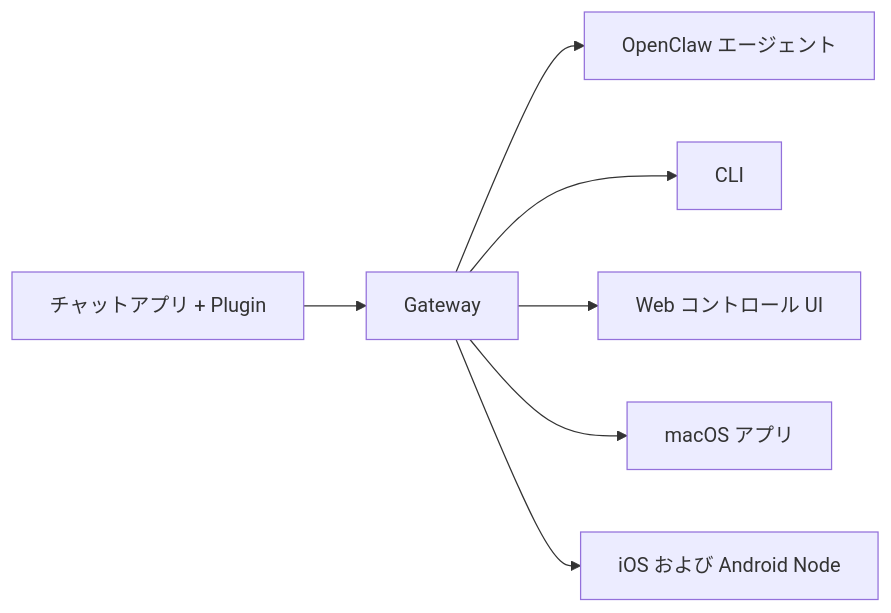
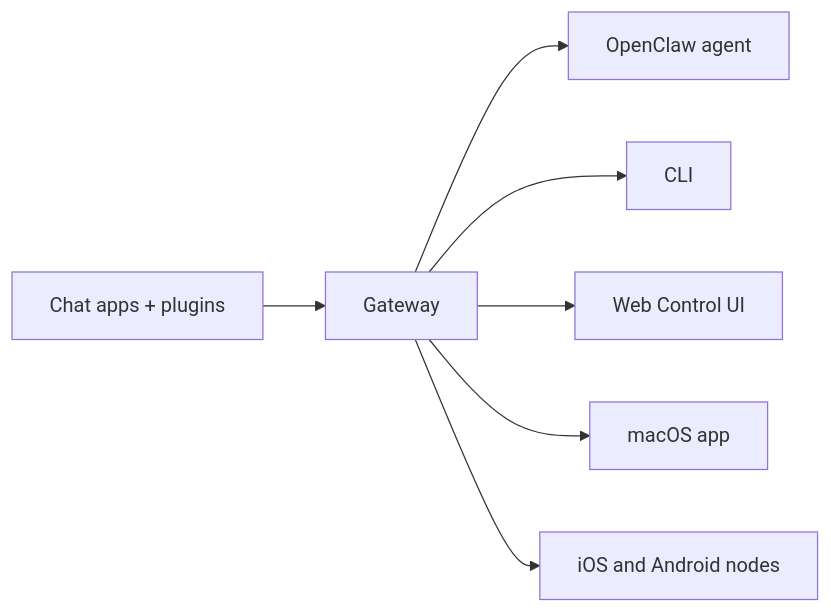
The diagram in docs/ja-JP/index.md (openclaw/docs), drawn with Mermaid before and after one commit. The commit also changed other lines of this file and 11240 other files, not shown here.

````diff
--- a/docs/ja-JP/index.md
+++ b/docs/ja-JP/index.md
@@ -114,9 +113,9 @@
 ```mermaid
 flowchart LR
-  A["チャットアプリ + Plugin"] --> B["Gateway"]
-  B --> C["OpenClaw エージェント"]
+  A["Chat apps + plugins"] --> B["Gateway"]
+  B --> C["OpenClaw agent"]
   B --> D["CLI"]
-  B --> E["Web コントロール UI"]
-  B --> F["macOS アプリ"]
-  B --> G["iOS および Android Node"]
+  B --> E["Web Control UI"]
+  B --> F["macOS app"]
+  B --> G["iOS and Android nodes"]
 ```
````
